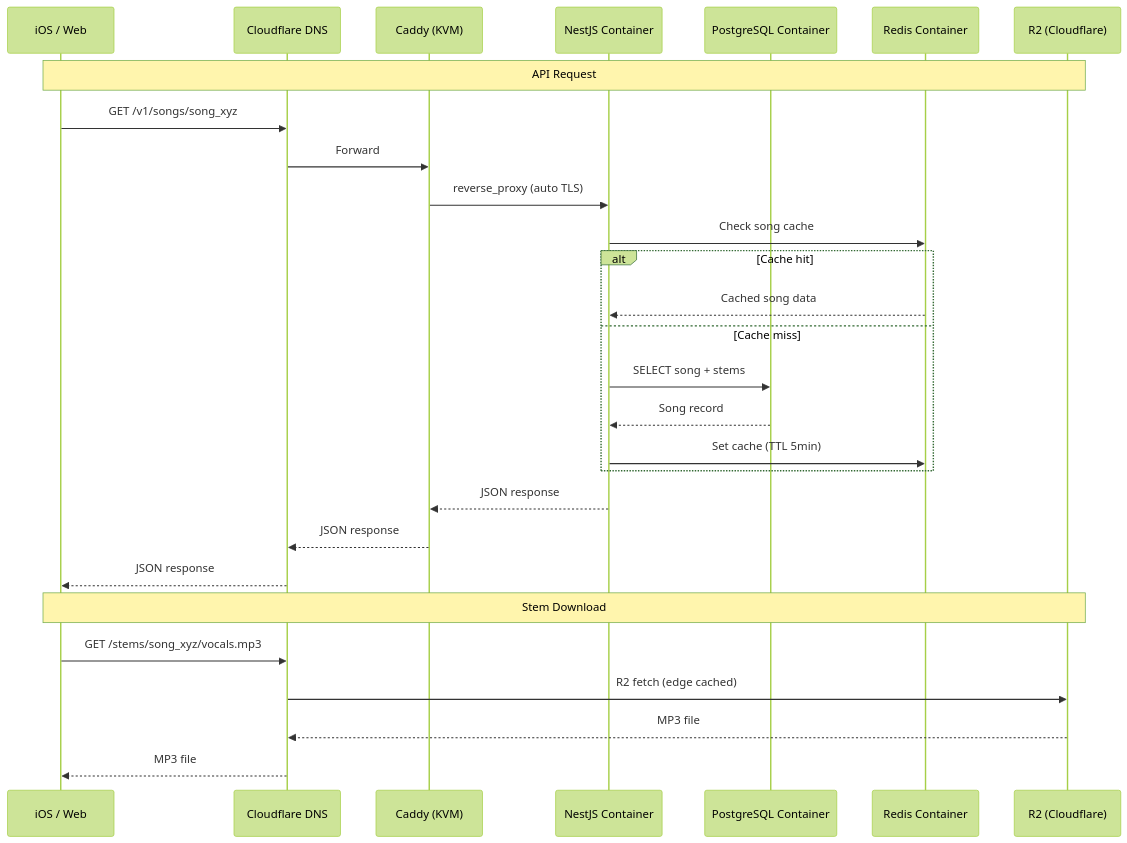
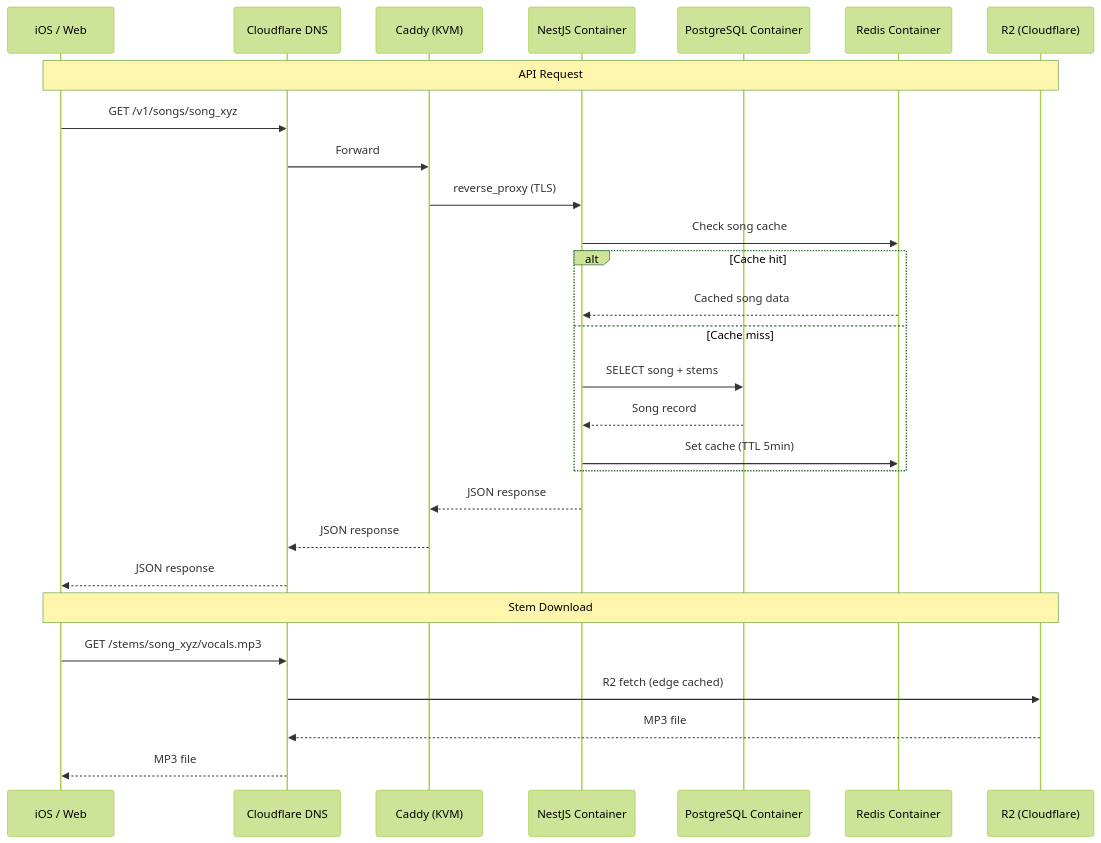
One commit to pawelgawliczek/intonavio changed the second of 2 diagrams in docs/08-infrastructure.md. Above: the diagram before and after it, drawn with Mermaid (forest theme). The commit also changed other lines of this file and 17 other files, not shown here.

````diff
--- a/docs/08-infrastructure.md
+++ b/docs/08-infrastructure.md
@@ -65,32 +65,32 @@
 ```mermaid
 sequenceDiagram
     participant Client as iOS / Web
     participant CF as Cloudflare DNS
     participant Caddy as Caddy (KVM)
     participant API as NestJS Container
     participant DB as PostgreSQL Container
     participant Cache as Redis Container
     participant Storage as R2 (Cloudflare)
 
     Note over Client,Storage: API Request
     Client->>CF: GET /v1/songs/song_xyz
     CF->>Caddy: Forward
-    Caddy->>API: reverse_proxy (auto TLS)
+    Caddy->>API: reverse_proxy (TLS)
     API->>Cache: Check song cache
     alt Cache hit
         Cache-->>API: Cached song data
     else Cache miss
         API->>DB: SELECT song + stems
         DB-->>API: Song record
         API->>Cache: Set cache (TTL 5min)
     end
     API-->>Caddy: JSON response
     Caddy-->>CF: JSON response
     CF-->>Client: JSON response
 
     Note over Client,Storage: Stem Download
     Client->>CF: GET /stems/song_xyz/vocals.mp3
     CF->>Storage: R2 fetch (edge cached)
     Storage-->>CF: MP3 file
     CF-->>Client: MP3 file
 ```
````
